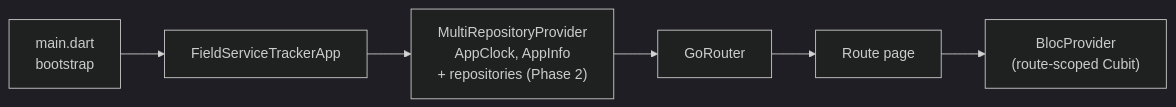
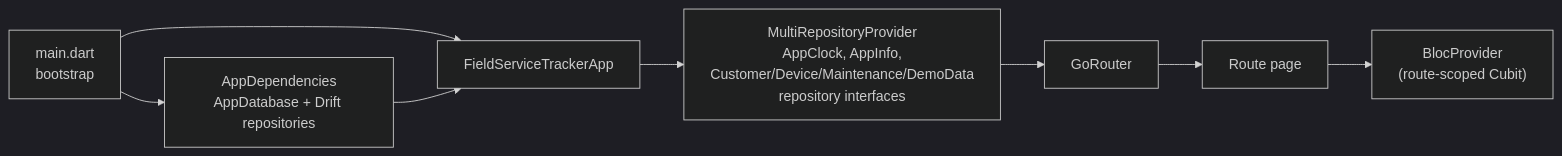
One commit to MazlumErk/field-service-tracker changed the second of 2 diagrams in docs/ARCHITECTURE.md. Above: the diagram before and after it, drawn with Mermaid (dark theme). The commit also changed other lines of this file and 68 other files, not shown here.

````diff
--- a/docs/ARCHITECTURE.md
+++ b/docs/ARCHITECTURE.md
@@ -29,8 +51,10 @@
 ```mermaid
 flowchart LR
     main["main.dart<br/>bootstrap"] --> app["FieldServiceTrackerApp"]
-    app --> RP["MultiRepositoryProvider<br/>AppClock, AppInfo<br/>+ repositories (Phase 2)"]
+    main --> deps["AppDependencies<br/>AppDatabase + Drift repositories"]
+    deps --> app
+    app --> RP["MultiRepositoryProvider<br/>AppClock, AppInfo,<br/>Customer/Device/Maintenance/DemoData<br/>repository interfaces"]
     RP --> router["GoRouter"]
     router --> page["Route page"]
     page --> BP["BlocProvider<br/>(route-scoped Cubit)"]
 ```
````
